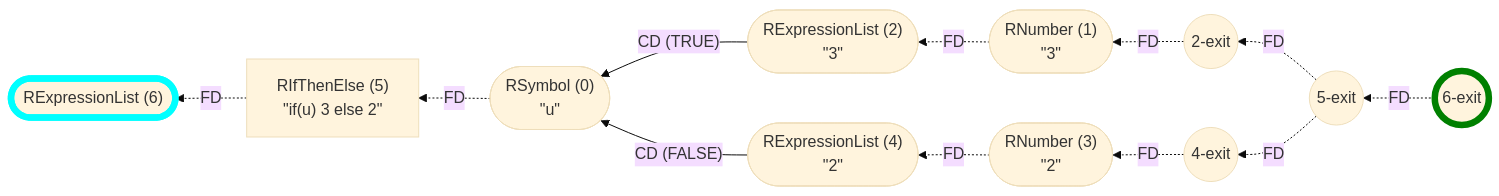
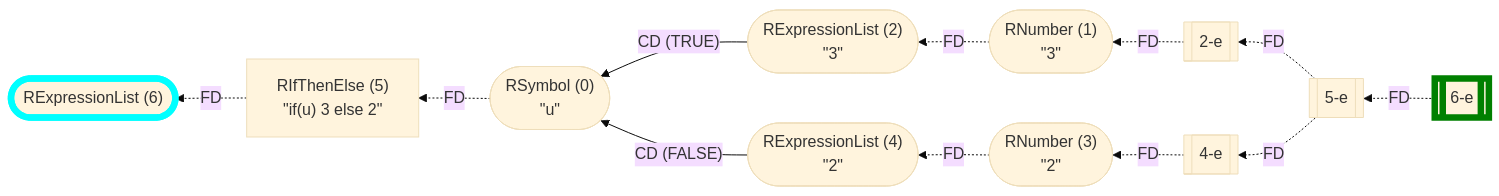
One commit to flowr-analysis/flowr changed the eighth of 23 diagrams in wiki/Control Flow Graph.md. Above: the diagram before and after it, drawn with Mermaid (base theme). The commit also changed other lines of this file and 9 other files, not shown here.

````diff
--- a/wiki/Control Flow Graph.md
+++ b/wiki/Control Flow Graph.md
@@ -646,32 +541,32 @@
 ```mermaid
 flowchart RL
     n6(["`RExpressionList (6)`"])
     n5["`RIfThenElse (5)
 #34;if(u) 3 else 2#34;`"]
-    n5-exit((5-exit))
+    n5-e[[5-e]]
     n0(["`RSymbol (0)
 #34;u#34;`"])
     n2(["`RExpressionList (2)
 #34;3#34;`"])
     n1(["`RNumber (1)
 #34;3#34;`"])
-    n2-exit((2-exit))
+    n2-e[[2-e]]
     n4(["`RExpressionList (4)
 #34;2#34;`"])
     n3(["`RNumber (3)
 #34;2#34;`"])
-    n4-exit((4-exit))
-    n6-exit((6-exit))
+    n4-e[[4-e]]
+    n6-e[[6-e]]
     n5 -.->|"FD"| n6
     n1 -.->|"FD"| n2
-    n2-exit -.->|"FD"| n1
+    n2-e -.->|"FD"| n1
     n3 -.->|"FD"| n4
-    n4-exit -.->|"FD"| n3
+    n4-e -.->|"FD"| n3
     n2 -->|"CD (TRUE)"| n0
     n4 -->|"CD (FALSE)"| n0
     n0 -.->|"FD"| n5
-    n5-exit -.->|"FD"| n2-exit
-    n5-exit -.->|"FD"| n4-exit
-    n6-exit -.->|"FD"| n5-exit
-    style n6 stroke:cyan,stroke-width:6.5px;    style n6-exit stroke:green,stroke-width:6.5px;
+    n5-e -.->|"FD"| n2-e
+    n5-e -.->|"FD"| n4-e
+    n6-e -.->|"FD"| n5-e
+    style n6 stroke:cyan,stroke-width:6.5px;    style n6-e stroke:green,stroke-width:6.5px;
 ```
````
